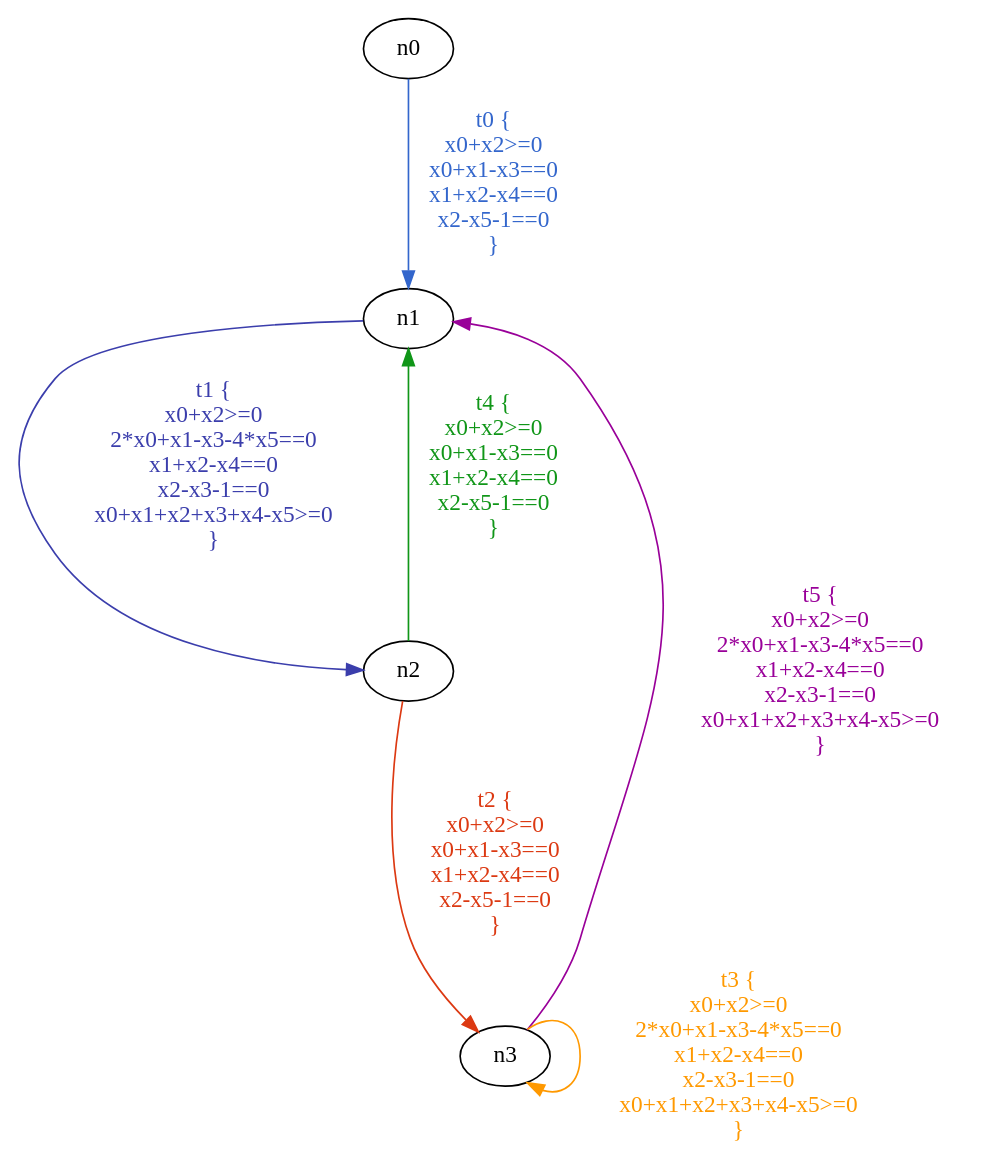
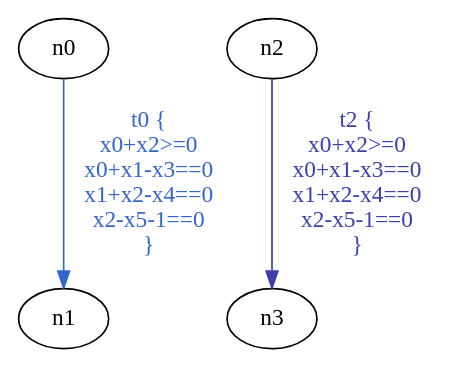
Before and after one commit to jesusjda/pyParser: the diagram in pyParser/graphs/example_fc.dot, drawn with Graphviz. The commit also changed 3 other files, not shown here.

```diff
--- a/pyParser/graphs/example_fc.dot
+++ b/pyParser/graphs/example_fc.dot
@@ -1,12 +1,8 @@
 digraph "" {
 n0;
 n1;
 n2;
 n3;
 n0 -> n1  [color="#3366CC", fontcolor="#3366CC", key=t0, label="t0 {\nx0+x2>=0\nx0+x1-x3==0\nx1+x2-x4==0\nx2-x5-1==0\n}", name=t0, source=n0, target=n1, tr_polyhedron="A 3-dimensional polyhedron in QQ^6 defined as the convex hull of 1 point, 1 ray, 2 lines"];
-n1 -> n2  [color="#3B3EAC", fontcolor="#3B3EAC", key=t1, label="t1 {\nx0+x2>=0\n2*x0+x1-x3-4*x5==0\nx1+x2-x4==0\nx2-x3-1==0\nx0+x1+x2+x3+x4-x5>=0\n}", name=t1, source=n1, target=n2, tr_polyhedron="A 3-dimensional polyhedron in QQ^6 defined as the convex hull of 1 point, 2 rays, 1 line"];
-n2 -> n1  [color="#109618", fontcolor="#109618", key=t4, label="t4 {\nx0+x2>=0\nx0+x1-x3==0\nx1+x2-x4==0\nx2-x5-1==0\n}", name=t4, source=n2, target=n1, tr_polyhedron="A 3-dimensional polyhedron in QQ^6 defined as the convex hull of 1 point, 1 ray, 2 lines"];
-n2 -> n3  [color="#DC3912", fontcolor="#DC3912", key=t2, label="t2 {\nx0+x2>=0\nx0+x1-x3==0\nx1+x2-x4==0\nx2-x5-1==0\n}", name=t2, source=n2, target=n3, tr_polyhedron="A 3-dimensional polyhedron in QQ^6 defined as the convex hull of 1 point, 1 ray, 2 lines"];
-n3 -> n1  [color="#990099", fontcolor="#990099", key=t5, label="t5 {\nx0+x2>=0\n2*x0+x1-x3-4*x5==0\nx1+x2-x4==0\nx2-x3-1==0\nx0+x1+x2+x3+x4-x5>=0\n}", name=t5, source=n3, target=n1, tr_polyhedron="A 3-dimensional polyhedron in QQ^6 defined as the convex hull of 1 point, 2 rays, 1 line"];
-n3 -> n3  [color="#FF9900", fontcolor="#FF9900", key=t3, label="t3 {\nx0+x2>=0\n2*x0+x1-x3-4*x5==0\nx1+x2-x4==0\nx2-x3-1==0\nx0+x1+x2+x3+x4-x5>=0\n}", name=t3, source=n3, target=n3, tr_polyhedron="A 3-dimensional polyhedron in QQ^6 defined as the convex hull of 1 point, 2 rays, 1 line"];
+n2 -> n3  [color="#3B3EAC", fontcolor="#3B3EAC", key=t2, label="t2 {\nx0+x2>=0\nx0+x1-x3==0\nx1+x2-x4==0\nx2-x5-1==0\n}", name=t2, source=n2, target=n3, tr_polyhedron="A 3-dimensional polyhedron in QQ^6 defined as the convex hull of 1 point, 1 ray, 2 lines"];
 }
```
